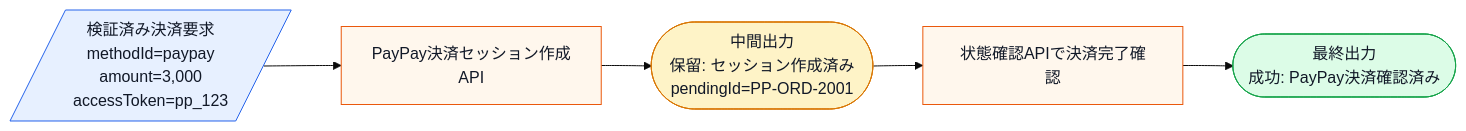
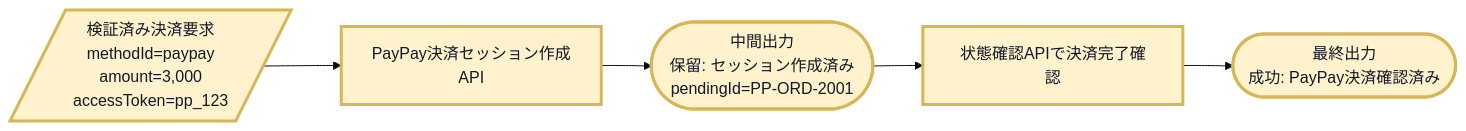
The sixth of 17 diagrams in kindle/design-patterns/output/chapter08.md (kumachan1101-pixel/DesignPattern), drawn with Mermaid (base theme) before and after one commit. The commit also changed other lines of this file and 23 other files, not shown here.

````diff
--- a/kindle/design-patterns/output/chapter08.md
+++ b/kindle/design-patterns/output/chapter08.md
@@ -1293,13 +1293,16 @@
 ```mermaid
 flowchart LR
+    classDef changed fill:#fff2cc,stroke:#d6b656,stroke-width:3px,color:#111827;
     A[/検証済み決済要求<br>methodId=paypay<br>amount=3,000<br>accessToken=pp_123/]:::input --> D[PayPay決済セッション作成API]:::process
     D --> E([中間出力<br>保留: セッション作成済み<br>pendingId=PP-ORD-2001]):::pending
     E --> F[状態確認APIで決済完了確認]:::process
     F --> G([最終出力<br>成功: PayPay決済確認済み]):::normal
+
+    class A,D,E,F,G changed;
 
     classDef input fill:#e7f0ff,stroke:#2563eb,color:#111827;
     classDef process fill:#fff7ed,stroke:#ea580c,color:#111827;
     classDef decision fill:#fef9c3,stroke:#ca8a04,color:#111827;
     classDef pending fill:#fef3c7,stroke:#d97706,color:#111827;
     classDef normal fill:#dcfce7,stroke:#16a34a,color:#111827;
 ```
````
